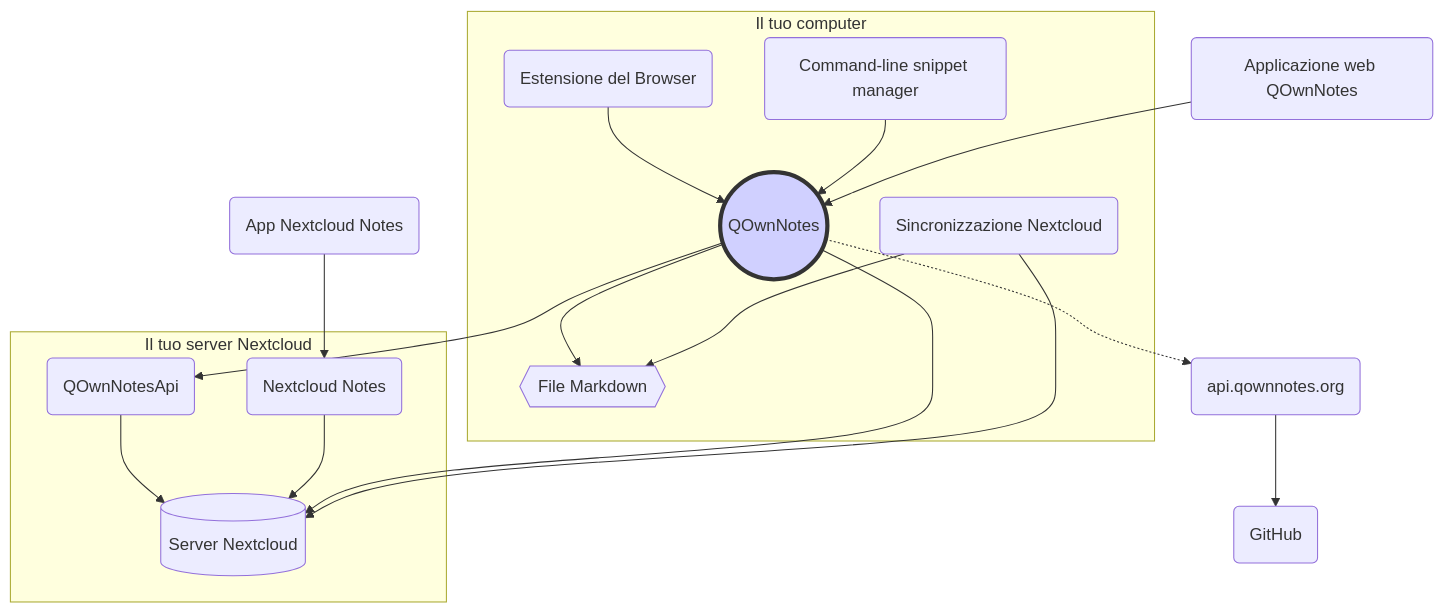
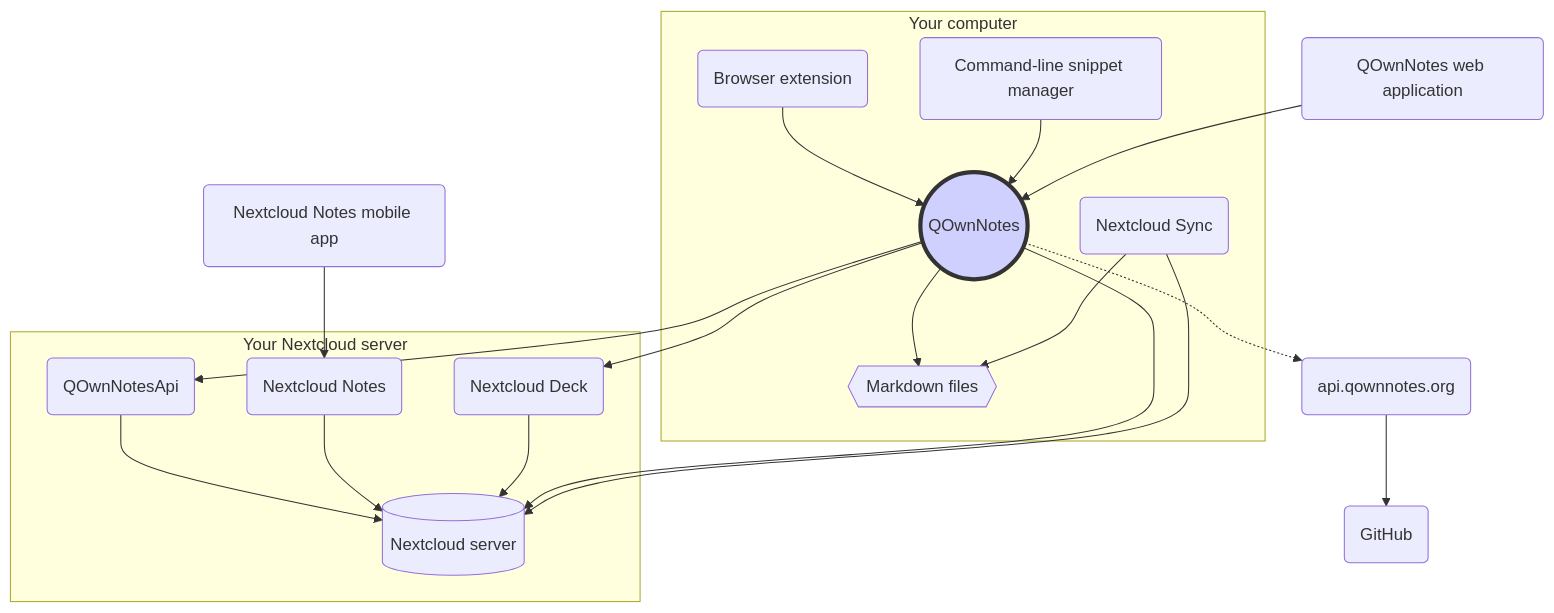
The diagram in webpage/src/it/getting-started/concept.md (pbek/QOwnNotes), drawn with Mermaid before and after one commit. The commit also changed other lines of this file and 90 other files, not shown here.

````diff
--- a/webpage/src/it/getting-started/concept.md
+++ b/webpage/src/it/getting-started/concept.md
@@ -3,34 +3,37 @@
 ```mermaid
 graph TB
-    subgraph Il tuo computer
-        qon((QOwnNotes))-->md{{"File Markdown"}}
-        sync("Sincronizzazione Nextcloud")-->md
-        qon-comp("Estensione del Browser")-->qon
+    subgraph Your computer
+        qon((QOwnNotes))-->md{{"Markdown files"}}
+        sync("Nextcloud Sync")-->md
+        qon-comp("Browser extension")-->qon
         qc("Command-line snippet manager")-->qon
     end
-    subgraph Il tuo server Nextcloud
-        qon-api("QOwnNotesApi")-->ncs[("Server Nextcloud")]
+    subgraph Your Nextcloud server
+        qon-api("QOwnNotesApi")-->ncs[("Nextcloud server")]
         nc-notes-app("Nextcloud Notes")-->ncs
+        nc-deck-app("Nextcloud Deck")-->ncs
     end
 
-    nc-notes-mob("App Nextcloud Notes")-->nc-notes-app
-    qon-web-app("Applicazione web QOwnNotes")-->qon
+    nc-notes-mob("Nextcloud Notes mobile app")-->nc-notes-app
+    qon-web-app("QOwnNotes web application")-->qon
     qon-->qon-api
     qon-->ncs
+    qon-->nc-deck-app
     sync-->ncs
     qon-.->qon-web-api("api.qownnotes.org")
     qon-web-api-->github("GitHub")
 
     style qon fill:#d0d0ff,stroke:#333,stroke-width:4px
-    click qon "/getting-started/concept.html#qownnotes" "QOwnNotes applicazione desktop per gestire le tue note sul tuo computer"
-    click md "/getting-started/concept.html#markdown-note-files" "Markdown, file multimediali e allegati nella tua cartella note"
-    click qon-comp "/getting-started/concept.html#qownnotes-browser-extension" "Estensione del browser QOwnNotes per gestire i segnalibri i file Markdown e come strumento di ritaglio"
-    click qc "/getting-started/concept.html#qownnotes-command-line-snippet-manager" "Gestore dei comandi parziali QOwnNotes"
-    click sync "/getting-started/concept.html#nextcloud-desktop-sync-client" "Client di sincronizzazione desktop Nextcloud per sincronizzare le tue note col tuo server"
-    click ncs "/getting-started/concept.html#nextcloud-server" "Server Nextcloud per ospitare le tue note e i tuoi file"
-    click qon-api "/getting-started/concept.html#qownnotesapi-nextcloud-app" "App QOwnNotesAPI Nextcloud per accedere al cestino sul server e al versionamento delle note"
-    click nc-notes-app "/getting-started/concept.html#nextcloud-notes-server-app" "App server Nextcloud Notes per gestire le tue note sul web"
-    click nc-notes-mob "/getting-started/concept.html#nextcloud-notes-mobile-app" "App Nextcloud Notes per gestire le tue note sul telefono cellulare"
-    click qon-web-app "/getting-started/concept.html#qownnotes-web-app" "Applicazione web QOwnNotes per inviare foto dal tuo telefono cellulare"
+    click qon "/getting-started/concept.html#qownnotes" "QOwnNotes Desktop Application for managing your notes on your desktop computer"
+    click md "/getting-started/concept.html#markdown-note-files" "Markdown, media and attachment files in your note folder"
+    click qon-comp "/getting-started/concept.html#qownnotes-browser-extension" "QOwnNotes browser extension for managing bookmarks in markdown files and as web clipper"
+    click qc "/getting-started/concept.html#qownnotes-command-line-snippet-manager" "QOwnNotes command-line snippet manager"
+    click sync "/getting-started/concept.html#nextcloud-desktop-sync-client" "Nextcloud desktop sync client to sync your notes to your server"
+    click ncs "/getting-started/concept.html#nextcloud-server" "Nextcloud server to host your notes and other files"
+    click qon-api "/getting-started/concept.html#qownnotesapi-nextcloud-app" "QOwnNotesAPI Nextcloud app to access your server-side trash and note versions"
+    click nc-notes-app "/getting-started/concept.html#nextcloud-notes-server-app" "Nextcloud Notes server app to manage your notes in the web"
+    click nc-notes-mob "/getting-started/concept.html#nextcloud-notes-mobile-app" "Nextcloud Notes mobile app to manage your notes on your mobile phone"
+    click nc-deck-app "/getting-started/concept.html#nextcloud-deck-server-app" "Nextcloud Deck server app to manage reminders and todo lists in the web"
+    click qon-web-app "/getting-started/concept.html#qownnotes-web-app" "QOwnNotes Web App to send photos from your mobile phone"
     click qon-web-api "/getting-started/concept.html#api-qownnotes-org"
 ```
````
